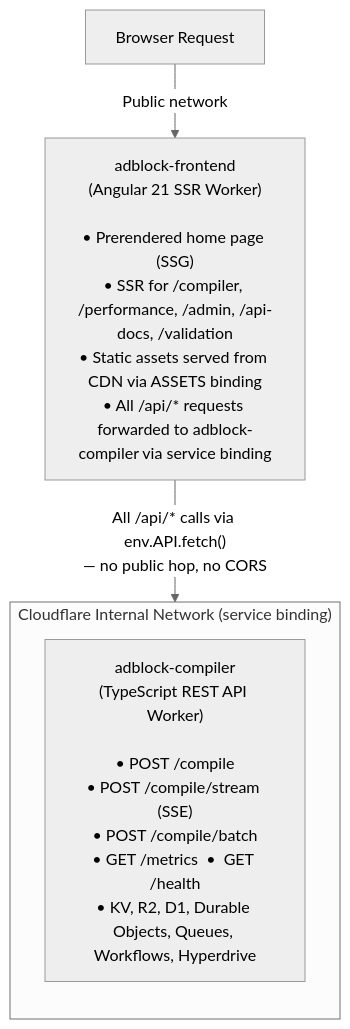
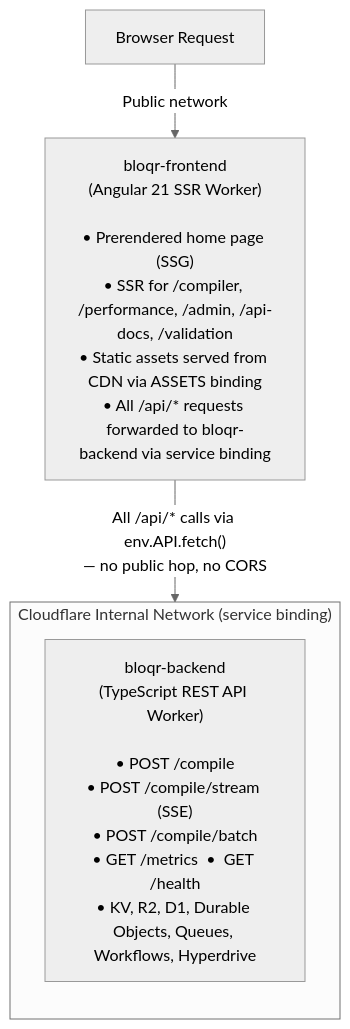
The third of 4 diagrams in docs/deployment/CLOUDFLARE_WORKERS_ARCHITECTURE.md (jaypatrick/adblock-compiler), drawn with Mermaid (neutral theme) before and after one commit. The commit also changed other lines of this file and 252 other files, not shown here.

First line of the commit message:
chore: rename Cloudflare Worker names from adblock- to bloqr- (bloqr-compiler → bloqr-backend) (#1762)

````diff
--- a/docs/deployment/CLOUDFLARE_WORKERS_ARCHITECTURE.md
+++ b/docs/deployment/CLOUDFLARE_WORKERS_ARCHITECTURE.md
@@ -152,15 +152,15 @@
 ```mermaid
 flowchart TD
     BROWSER["Browser Request"]
 
-    FRONTEND["adblock-frontend\n(Angular 21 SSR Worker)\n\n• Prerendered home page (SSG)\n• SSR for /compiler, /performance, /admin, /api-docs, /validation\n• Static assets served from CDN via ASSETS binding\n• All /api/* requests forwarded to adblock-compiler via service binding"]
+    FRONTEND["bloqr-frontend\n(Angular 21 SSR Worker)\n\n• Prerendered home page (SSG)\n• SSR for /compiler, /performance, /admin, /api-docs, /validation\n• Static assets served from CDN via ASSETS binding\n• All /api/* requests forwarded to bloqr-backend via service binding"]
 
     BROWSER -->|"Public network"| FRONTEND
 
     subgraph INTERNAL["Cloudflare Internal Network (service binding)"]
         direction TB
-        BACKEND["adblock-compiler\n(TypeScript REST API Worker)\n\n• POST /compile\n• POST /compile/stream (SSE)\n• POST /compile/batch\n• GET /metrics  •  GET /health\n• KV, R2, D1, Durable Objects, Queues, Workflows, Hyperdrive"]
+        BACKEND["bloqr-backend\n(TypeScript REST API Worker)\n\n• POST /compile\n• POST /compile/stream (SSE)\n• POST /compile/batch\n• GET /metrics  •  GET /health\n• KV, R2, D1, Durable Objects, Queues, Workflows, Hyperdrive"]
     end
 
     FRONTEND -->|"All /api/* calls via env.API.fetch()\n— no public hop, no CORS"| BACKEND
 ```
````
